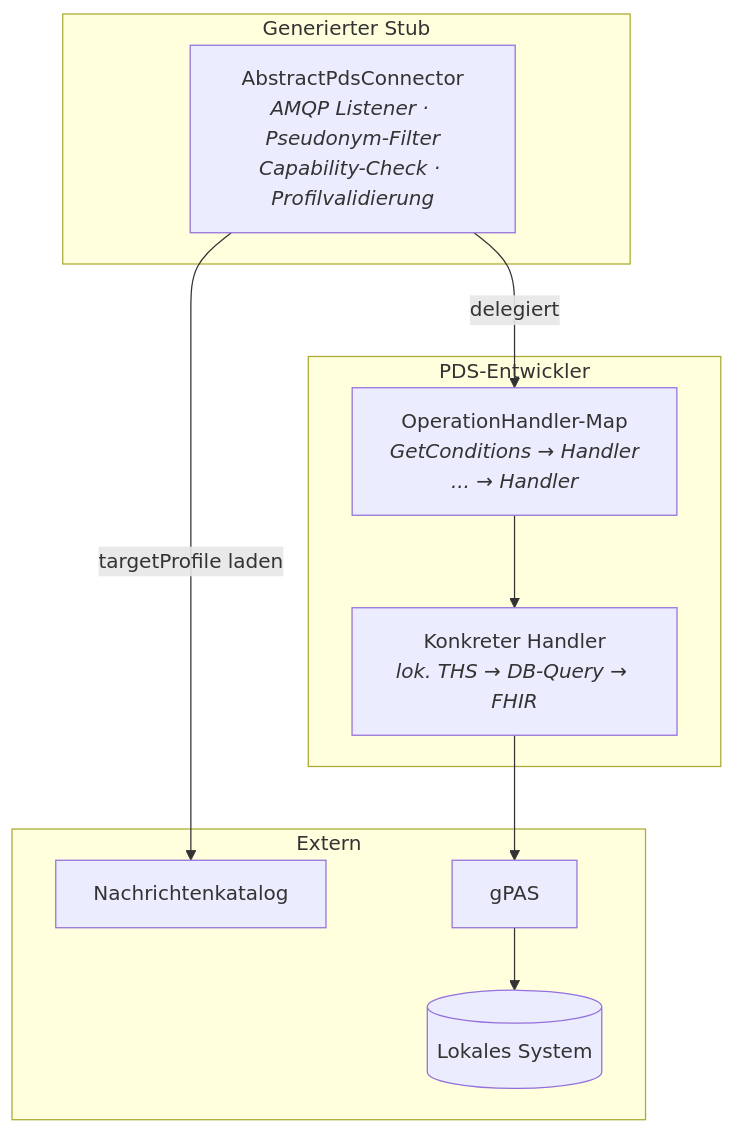
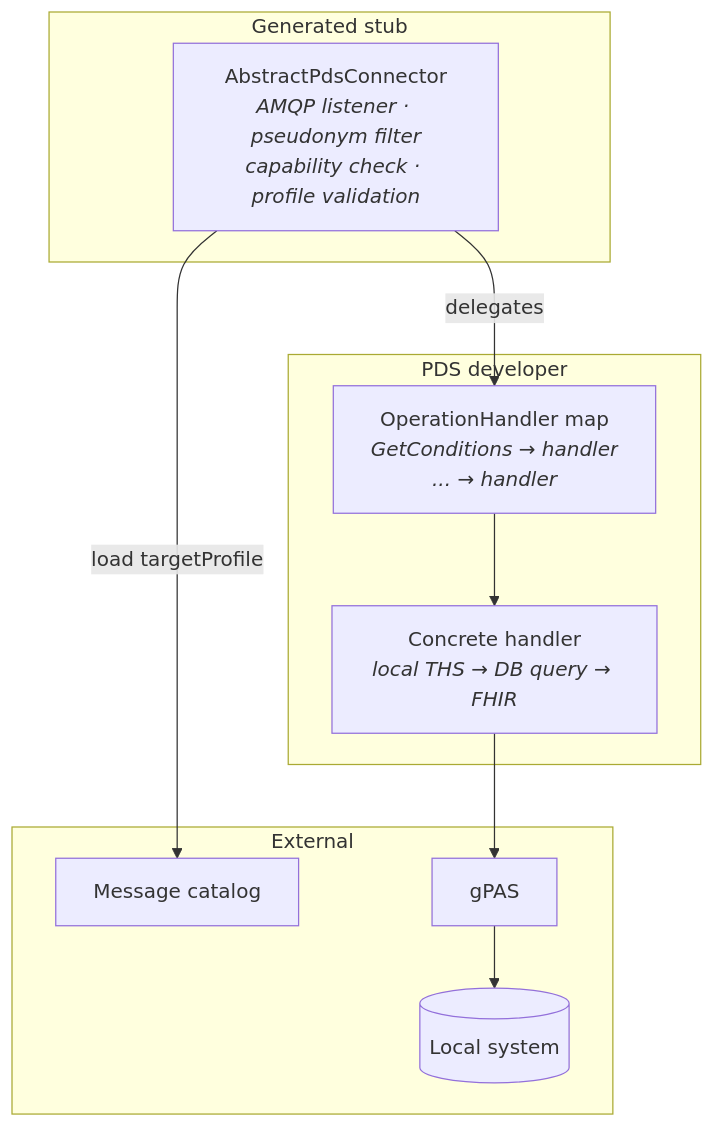
One commit to forschungsgruppe-digital-health/pds-query-broker changed the fifth of 9 diagrams in docs/ARCHITECTURE.md. Above: the diagram before and after it, drawn with Mermaid. The commit also changed other lines of this file and 40 other files, not shown here.

````diff
--- a/docs/ARCHITECTURE.md
+++ b/docs/ARCHITECTURE.md
@@ -214,19 +214,19 @@
 ```mermaid
 graph TB
-    subgraph "Generierter Stub"
-        ABS["AbstractPdsConnector<br/><i>AMQP Listener · Pseudonym-Filter<br/>Capability-Check · Profilvalidierung</i>"]
+    subgraph "Generated stub"
+        ABS["AbstractPdsConnector<br/><i>AMQP listener · pseudonym filter<br/>capability check · profile validation</i>"]
     end
-    subgraph "PDS-Entwickler"
-        MAP["OperationHandler-Map<br/><i>GetConditions → Handler<br/>... → Handler</i>"]
-        H["Konkreter Handler<br/><i>lok. THS → DB-Query → FHIR</i>"]
+    subgraph "PDS developer"
+        MAP["OperationHandler map<br/><i>GetConditions → handler<br/>... → handler</i>"]
+        H["Concrete handler<br/><i>local THS → DB query → FHIR</i>"]
     end
-    subgraph "Extern"
-        CAT["Nachrichtenkatalog"]
+    subgraph "External"
+        CAT["Message catalog"]
         LTHS["gPAS"]
-        SRC[("Lokales System")]
+        SRC[("Local system")]
     end
 
-    ABS -->|"delegiert"| MAP --> H
+    ABS -->|"delegates"| MAP --> H
     H --> LTHS --> SRC
-    ABS -->|"targetProfile laden"| CAT
+    ABS -->|"load targetProfile"| CAT
 ```
````
